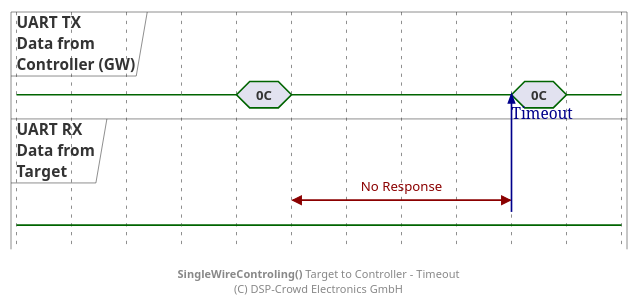
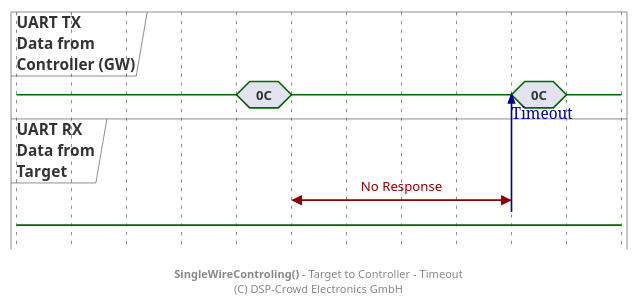
Before and after one commit to NoOrientationProgramming/code-orb: the diagram in doc/system/protocol/A5_swt-target-to-ctrl_timeout.pu, drawn with PlantUML. The commit also changed 15 other files, not shown here.

```diff
--- a/doc/system/protocol/A5_swt-target-to-ctrl_timeout.pu
+++ b/doc/system/protocol/A5_swt-target-to-ctrl_timeout.pu
@@ -2,35 +2,35 @@
 @startuml
 
 hide time-axis
 
 concise "UART TX\nData from\nController (GW)" as ctrl
 concise "UART RX\nData from\nTarget" as tar
 
 @0
 ctrl is {-}
 tar is {-}
 
 @+60
 ctrl is {-}
 tar is {-}
 
 @+20
 ctrl is "0C"
 
 @+20
 ctrl is {-}
 
 @+80
 ctrl is "0C"
 
 @+20
 ctrl is {-}
 
 @100 <-> @+80 : No Response
 
 @180
 tar -> ctrl : Timeout
 
-footer **SingleWireControling()** Target to Controller - Timeout\n(C) DSP-Crowd Electronics GmbH
+footer **SingleWireControling()** - Target to Controller - Timeout\n(C) DSP-Crowd Electronics GmbH
 
 @enduml
```
